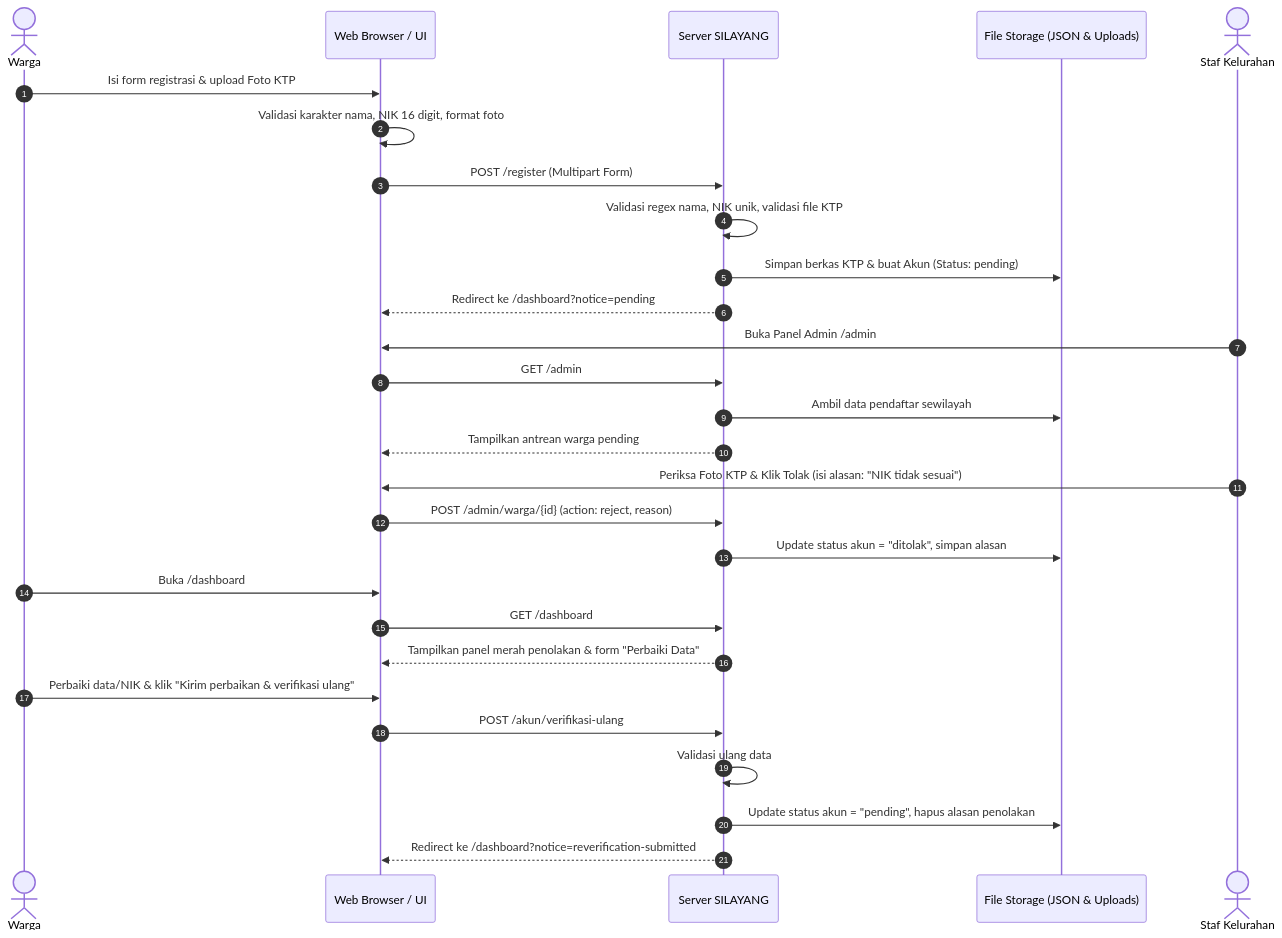
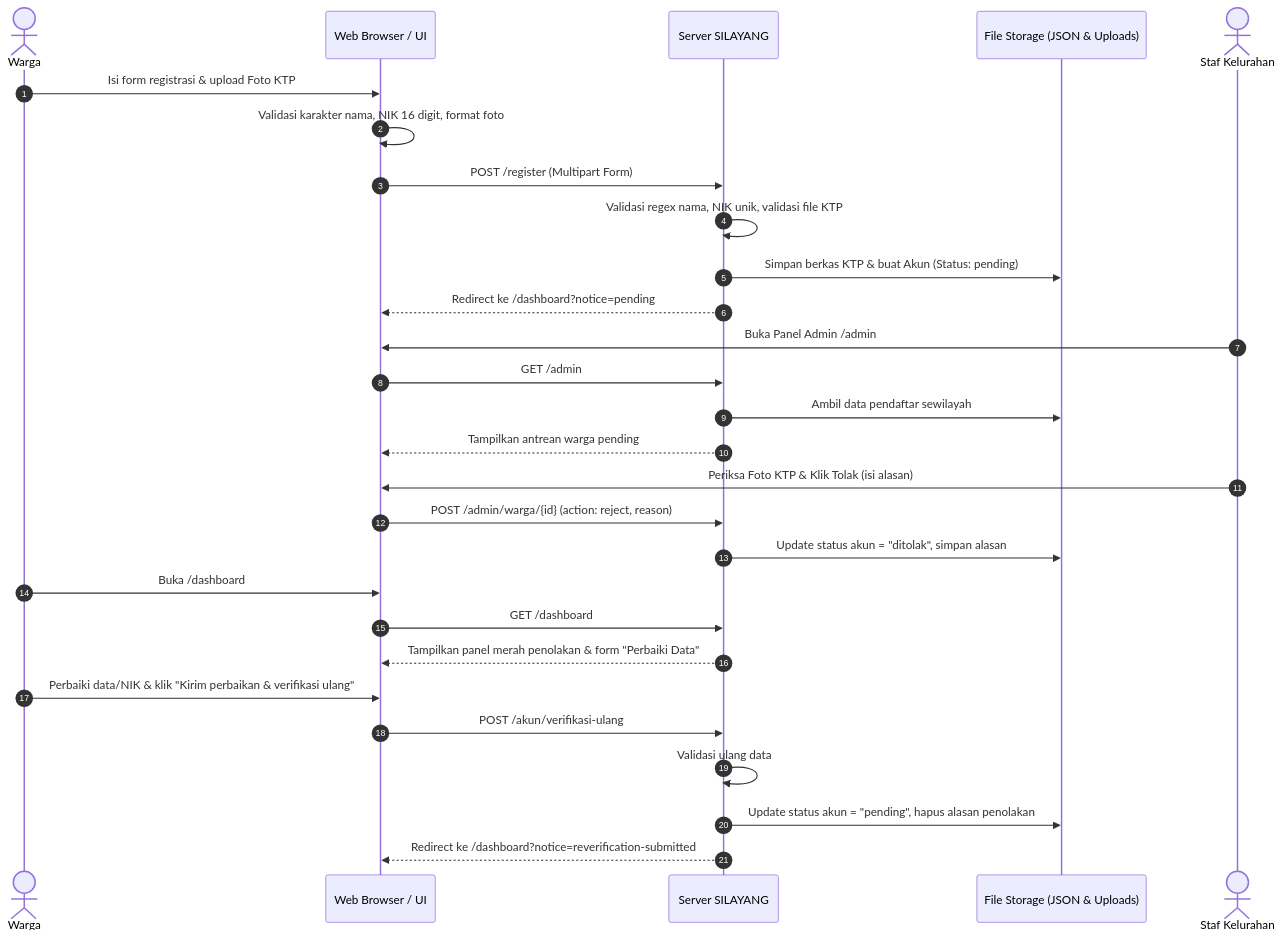
Before and after one commit to mohakbarnusantara/SI-LAYANG: the third of 7 diagrams in README.md, drawn with Mermaid. The commit also changed other lines of this file, not shown here.

````diff
--- a/README.md
+++ b/README.md
@@ -341,33 +365,33 @@
 ```mermaid
 sequenceDiagram
     autonumber
     actor W as Warga
     participant B as Web Browser / UI
     participant S as Server SILAYANG
     participant DB as File Storage (JSON & Uploads)
     actor ST as Staf Kelurahan
 
     W->>B: Isi form registrasi & upload Foto KTP
     B->>B: Validasi karakter nama, NIK 16 digit, format foto
     B->>S: POST /register (Multipart Form)
     S->>S: Validasi regex nama, NIK unik, validasi file KTP
     S->>DB: Simpan berkas KTP & buat Akun (Status: pending)
     S-->>B: Redirect ke /dashboard?notice=pending
 
     ST->>B: Buka Panel Admin /admin
     B->>S: GET /admin
     S->>DB: Ambil data pendaftar sewilayah
     S-->>B: Tampilkan antrean warga pending
-    ST->>B: Periksa Foto KTP & Klik Tolak (isi alasan: "NIK tidak sesuai")
+    ST->>B: Periksa Foto KTP & Klik Tolak (isi alasan)
     B->>S: POST /admin/warga/{id} (action: reject, reason)
     S->>DB: Update status akun = "ditolak", simpan alasan
 
     W->>B: Buka /dashboard
     B->>S: GET /dashboard
     S-->>B: Tampilkan panel merah penolakan & form "Perbaiki Data"
     W->>B: Perbaiki data/NIK & klik "Kirim perbaikan & verifikasi ulang"
     B->>S: POST /akun/verifikasi-ulang
     S->>S: Validasi ulang data
     S->>DB: Update status akun = "pending", hapus alasan penolakan
     S-->>B: Redirect ke /dashboard?notice=reverification-submitted
 ```
````
